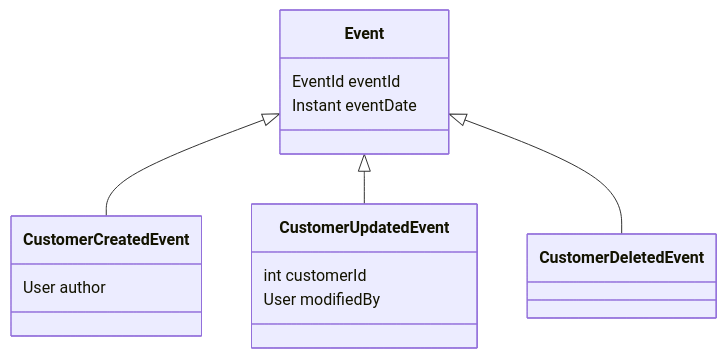
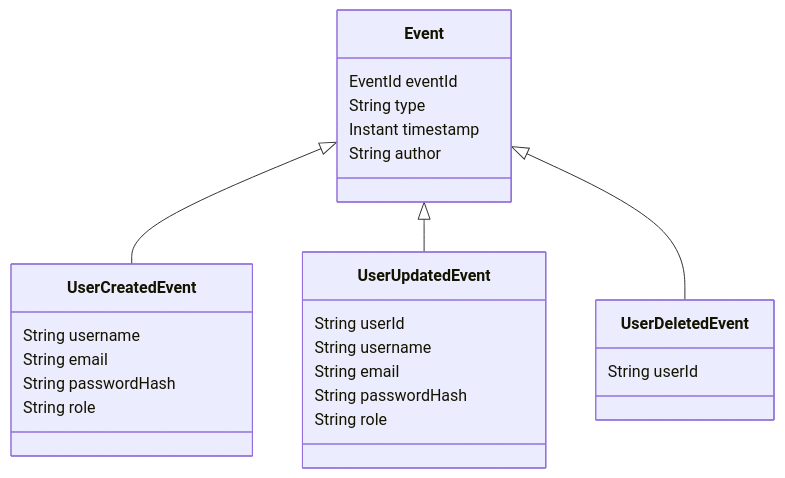
The diagram in documentation/events/Events.md (CrBatista/MonkeyShop), drawn with Mermaid before and after one commit. The commit also changed 84 other files, not shown here.

````diff
--- a/documentation/events/Events.md
+++ b/documentation/events/Events.md
@@ -5,24 +5,36 @@
 ```mermaid
   
 classDiagram
    
-    Event <|-- CustomerCreatedEvent
-    Event <|-- CustomerUpdatedEvent
-    Event <|-- CustomerDeletedEvent
+    Event <|-- UserCreatedEvent
+    Event <|-- UserUpdatedEvent
+    Event <|-- UserDeletedEvent
    
    
     class Event {
         EventId eventId
-        Instant eventDate
+        String type
+        Instant timestamp
+        String author
     }
     
-    class CustomerCreatedEvent {
-        User author
+    class UserCreatedEvent {
+        String username
+        String email
+        String passwordHash
+        String role
     }
     
-    class CustomerUpdatedEvent {
-        int customerId
-        User modifiedBy
+    class UserUpdatedEvent {
+        String userId
+        String username
+        String email
+        String passwordHash
+        String role
+    }
+    
+    class UserDeletedEvent {
+        String userId 
     }
   
 ```
````
